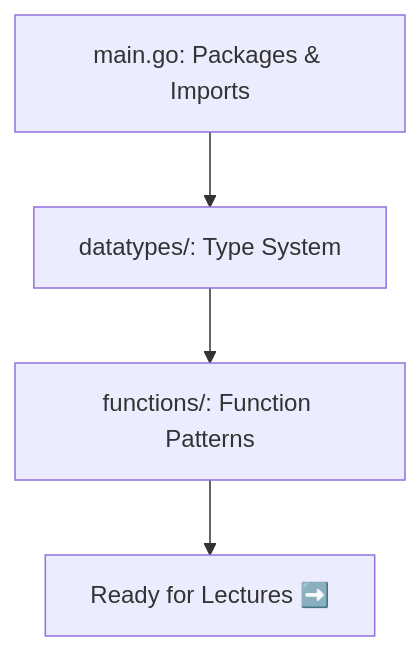
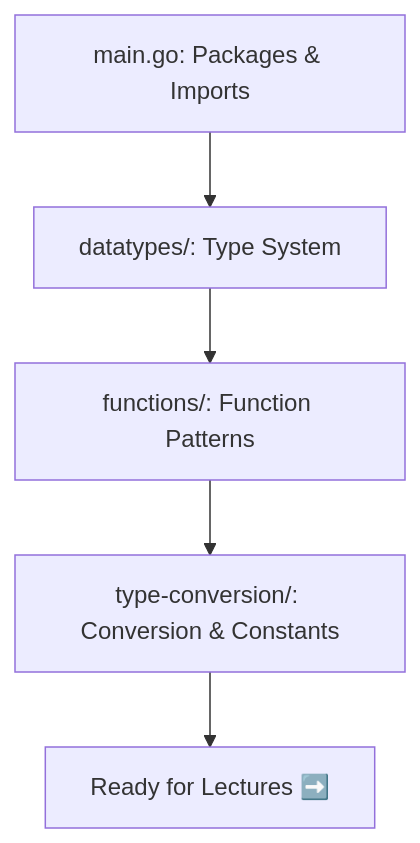
One commit to Amitaarav/Golang changed the diagram in LastGoBasics/README.md. Above: the diagram before and after it, drawn with Mermaid. The commit also changed other lines of this file and 3 other files, not shown here.

Commit message:
added type conversion and constant

````diff
--- a/LastGoBasics/README.md
+++ b/LastGoBasics/README.md
@@ -22,6 +24,7 @@
 ```mermaid
 flowchart TD
     A["main.go: Packages & Imports"] --> B["datatypes/: Type System"]
     B --> C["functions/: Function Patterns"]
-    C --> D["Ready for Lectures ➡️"]
+    C --> D["type-conversion/: Conversion & Constants"]
+    D --> E["Ready for Lectures ➡️"]
 ```
````
